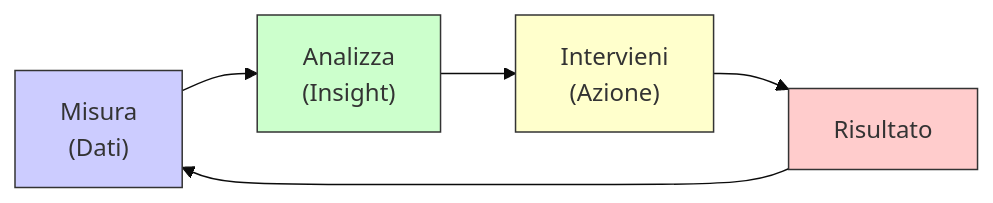
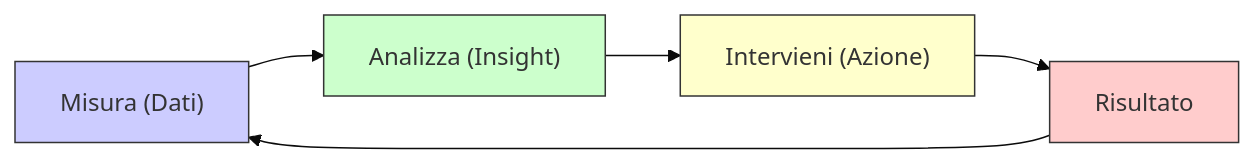
Before and after one commit to AndreyBertasini/gynnitech: the second of 2 diagrams in src/content/blog/dati-sport-ciclismo.mdx, drawn with Mermaid (base theme). The commit also changed other lines of this file and 11 other files, not shown here.

First line of the commit message:
fix(blog): fix mermaid syntax errors for v11.12.2 compatibility

````diff
--- a/src/content/blog/dati-sport-ciclismo.mdx
+++ b/src/content/blog/dati-sport-ciclismo.mdx
@@ -132,12 +132,12 @@
 ```mermaid
 graph LR
-    A["Misura<br>(Dati)"] --> B["Analizza<br>(Insight)"]
-    B --> C["Intervieni<br>(Azione)"]
+    A["Misura (Dati)"] --> B["Analizza (Insight)"]
+    B --> C["Intervieni (Azione)"]
     C --> D["Risultato"]
     D --> A
     
     style A fill:#ccccff,stroke:#333
     style B fill:#ccffcc,stroke:#333
     style C fill:#ffffcc,stroke:#333
     style D fill:#ffcccc,stroke:#333
 ```
````
